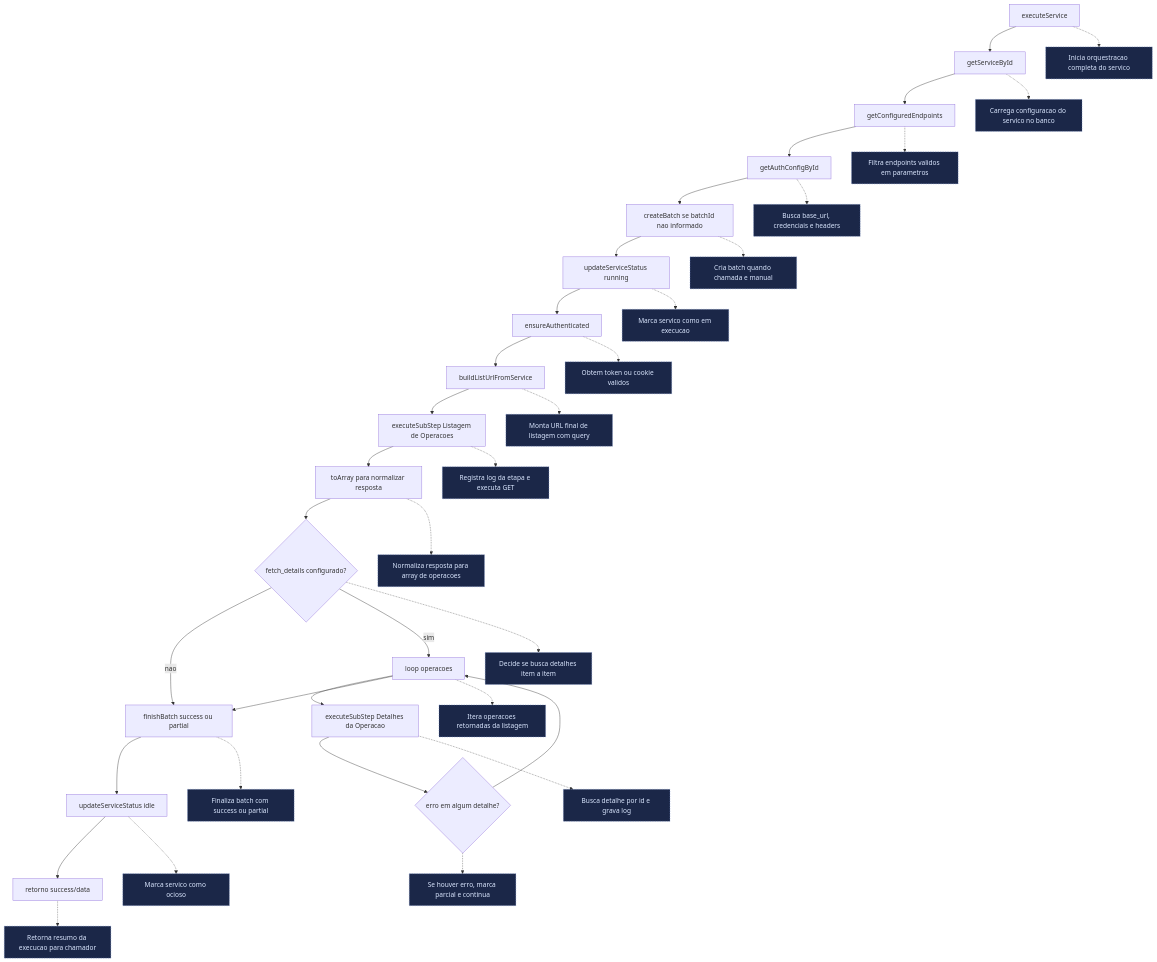
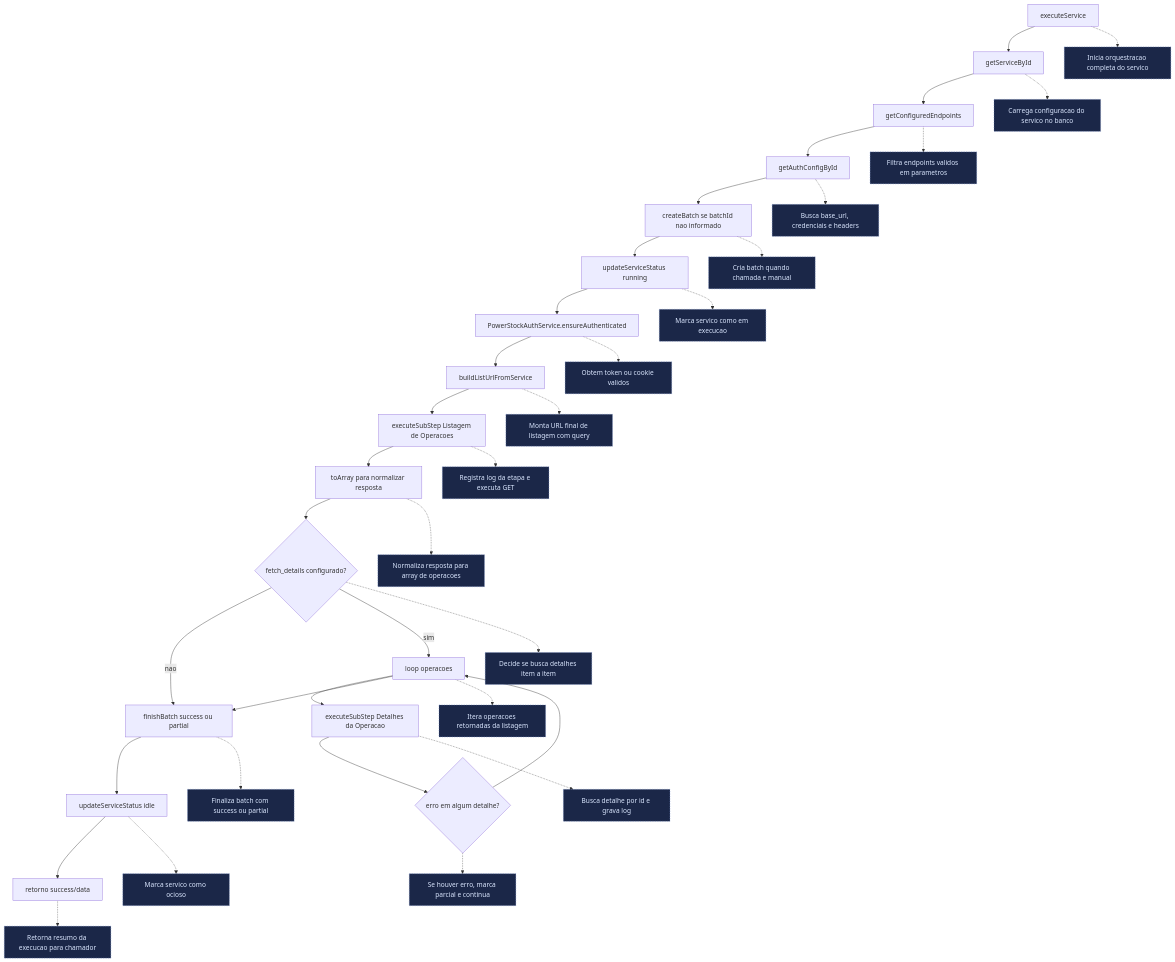
The diagram in api/docs/melhoria/04-Fluxo-execucao-PowerStockGetOperationsService.md (Italoibiapina/integrador-node), drawn with Mermaid before and after one commit. The commit also changed other lines of this file and 31 other files, not shown here.

````diff
--- a/api/docs/melhoria/04-Fluxo-execucao-PowerStockGetOperationsService.md
+++ b/api/docs/melhoria/04-Fluxo-execucao-PowerStockGetOperationsService.md
@@ -13,42 +13,42 @@
 ```mermaid
 flowchart TD
   A[executeService] --> B[getServiceById]
   B --> C[getConfiguredEndpoints]
   C --> D[getAuthConfigById]
   D --> E[createBatch se batchId nao informado]
   E --> F[updateServiceStatus running]
-  F --> G[ensureAuthenticated]
+  F --> G[PowerStockAuthService.ensureAuthenticated]
   G --> H[buildListUrlFromService]
   H --> I[executeSubStep Listagem de Operacoes]
   I --> J[toArray para normalizar resposta]
   J --> K{fetch_details configurado?}
   K -- nao --> L[finishBatch success ou partial]
   K -- sim --> M[loop operacoes]
   M --> N[executeSubStep Detalhes da Operacao]
   N --> O{erro em algum detalhe?}
   O --> M
   M --> L
   L --> P[updateServiceStatus idle]
   P --> Q[retorno success/data]
 
   A -.-> NA[Inicia orquestracao completa do servico]
   B -.-> NB[Carrega configuracao do servico no banco]
   C -.-> NC[Filtra endpoints validos em parametros]
   D -.-> ND[Busca base_url, credenciais e headers]
   E -.-> NE[Cria batch quando chamada e manual]
   F -.-> NF[Marca servico como em execucao]
   G -.-> NG[Obtem token ou cookie validos]
   H -.-> NH[Monta URL final de listagem com query]
   I -.-> NI[Registra log da etapa e executa GET]
   J -.-> NJ[Normaliza resposta para array de operacoes]
   K -.-> NK[Decide se busca detalhes item a item]
   M -.-> NM[Itera operacoes retornadas da listagem]
   N -.-> NN[Busca detalhe por id e grava log]
   O -.-> NO[Se houver erro, marca parcial e continua]
   L -.-> NL[Finaliza batch com success ou partial]
   P -.-> NP[Marca servico como ocioso]
   Q -.-> NQ[Retorna resumo da execucao para chamador]
 
   classDef note fill:#1b2748,stroke:#6a86c9,color:#dbe7ff,stroke-dasharray: 3 3;
   class NA,NB,NC,ND,NE,NF,NG,NH,NI,NJ,NK,NM,NN,NO,NL,NP,NQ note;
 ```
````
